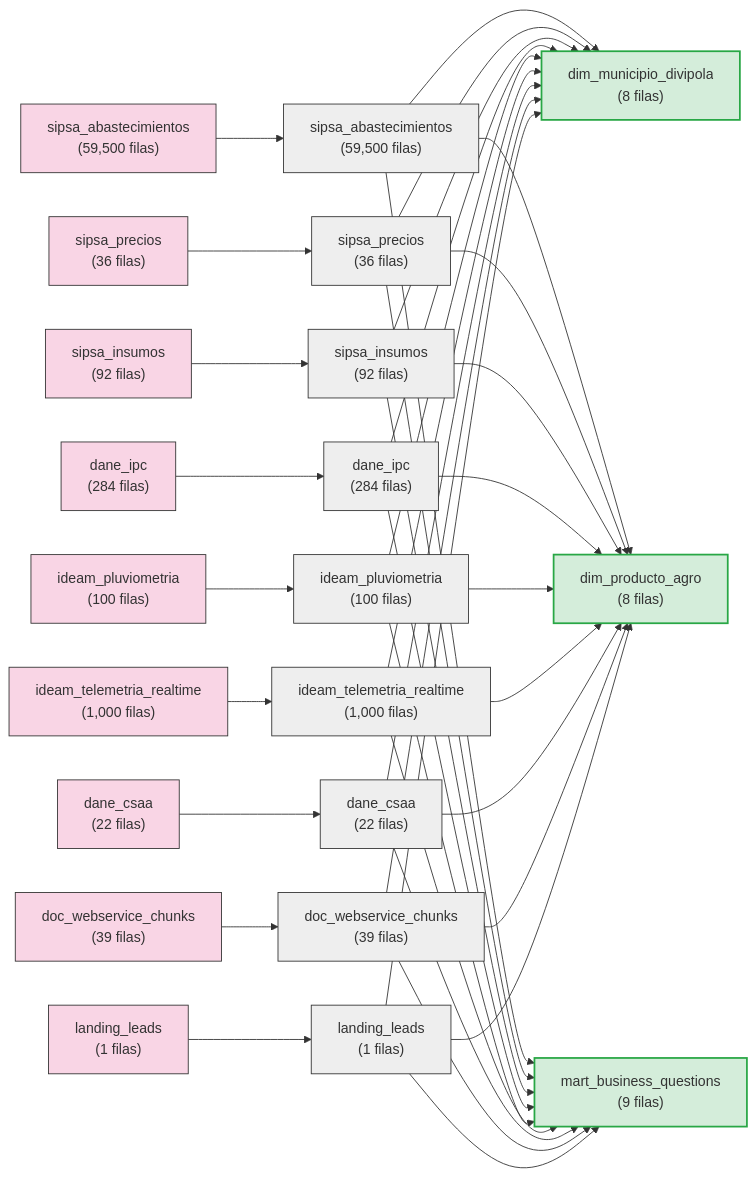
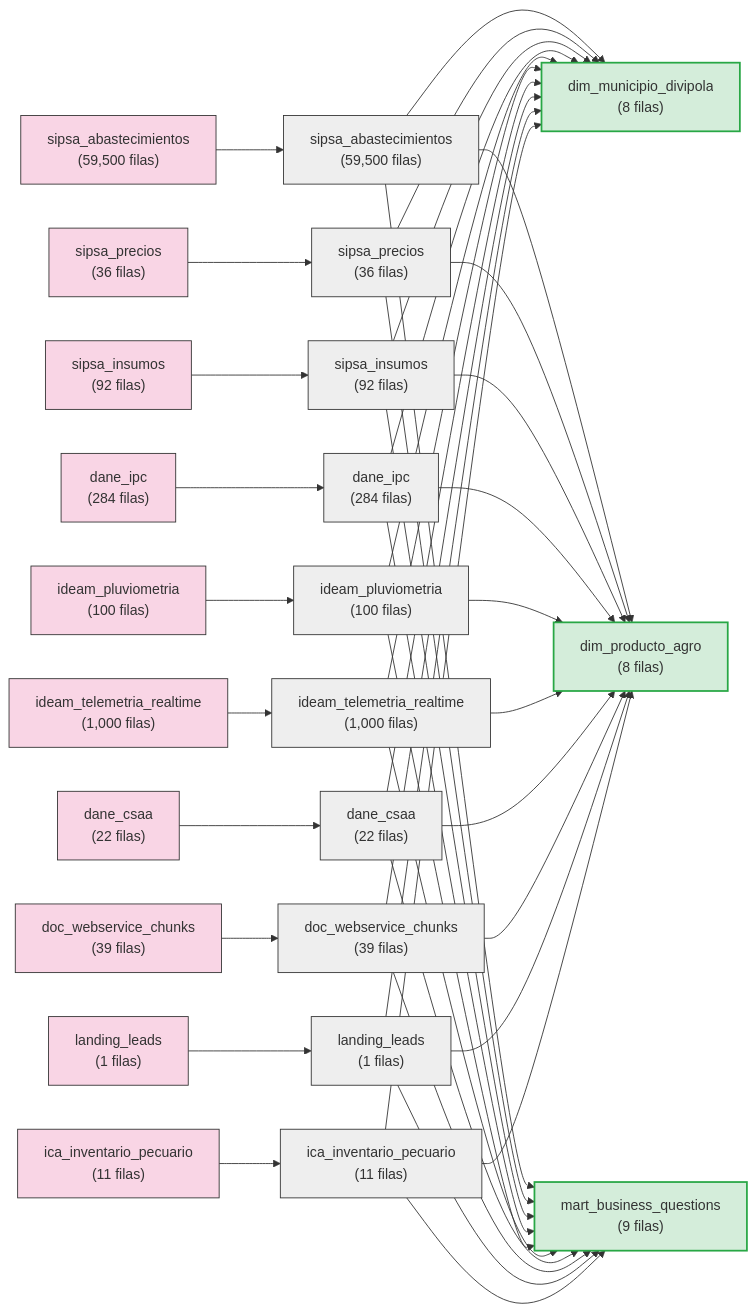
Before and after one commit to adansanchezc1-spec/Statsfirm: the diagram in AgroStats AndTech/AgroStatsApp/docs/lineage/lineage_dag.md, drawn with Mermaid. The commit also changed other lines of this file and 136 other files, not shown here.

Commit message:
feat(ica-ingestion): add ICA PowerBI extractor, dataset fichas, DIVIPOLA harmonization and robust Databricks notebook imports

````diff
--- a/AgroStats AndTech/AgroStatsApp/docs/lineage/lineage_dag.md
+++ b/AgroStats AndTech/AgroStatsApp/docs/lineage/lineage_dag.md
@@ -5,63 +5,69 @@
 ```mermaid
 flowchart LR
     classDef bronze fill:#f9d5e5,stroke:#333,stroke-width:1px;
     classDef silver fill:#eeeeee,stroke:#333,stroke-width:1px;
     classDef gold fill:#d4edda,stroke:#28a745,stroke-width:2px;
     bronze_sipsa_abastecimientos["sipsa_abastecimientos<br/>(59,500 filas)"]:::bronze
     silver_sipsa_abastecimientos["sipsa_abastecimientos<br/>(59,500 filas)"]:::silver
     bronze_sipsa_abastecimientos --> silver_sipsa_abastecimientos
     bronze_sipsa_precios["sipsa_precios<br/>(36 filas)"]:::bronze
     silver_sipsa_precios["sipsa_precios<br/>(36 filas)"]:::silver
     bronze_sipsa_precios --> silver_sipsa_precios
     bronze_sipsa_insumos["sipsa_insumos<br/>(92 filas)"]:::bronze
     silver_sipsa_insumos["sipsa_insumos<br/>(92 filas)"]:::silver
     bronze_sipsa_insumos --> silver_sipsa_insumos
     bronze_dane_ipc["dane_ipc<br/>(284 filas)"]:::bronze
     silver_dane_ipc["dane_ipc<br/>(284 filas)"]:::silver
     bronze_dane_ipc --> silver_dane_ipc
     bronze_ideam_pluviometria["ideam_pluviometria<br/>(100 filas)"]:::bronze
     silver_ideam_pluviometria["ideam_pluviometria<br/>(100 filas)"]:::silver
     bronze_ideam_pluviometria --> silver_ideam_pluviometria
     bronze_ideam_telemetria_realtime["ideam_telemetria_realtime<br/>(1,000 filas)"]:::bronze
     silver_ideam_telemetria_realtime["ideam_telemetria_realtime<br/>(1,000 filas)"]:::silver
     bronze_ideam_telemetria_realtime --> silver_ideam_telemetria_realtime
     bronze_dane_csaa["dane_csaa<br/>(22 filas)"]:::bronze
     silver_dane_csaa["dane_csaa<br/>(22 filas)"]:::silver
     bronze_dane_csaa --> silver_dane_csaa
     bronze_doc_webservice_chunks["doc_webservice_chunks<br/>(39 filas)"]:::bronze
     silver_doc_webservice_chunks["doc_webservice_chunks<br/>(39 filas)"]:::silver
     bronze_doc_webservice_chunks --> silver_doc_webservice_chunks
     bronze_landing_leads["landing_leads<br/>(1 filas)"]:::bronze
     silver_landing_leads["landing_leads<br/>(1 filas)"]:::silver
     bronze_landing_leads --> silver_landing_leads
+    bronze_ica_inventario_pecuario["ica_inventario_pecuario<br/>(11 filas)"]:::bronze
+    silver_ica_inventario_pecuario["ica_inventario_pecuario<br/>(11 filas)"]:::silver
+    bronze_ica_inventario_pecuario --> silver_ica_inventario_pecuario
     gold_dim_municipio_divipola["dim_municipio_divipola<br/>(8 filas)"]:::gold
     silver_sipsa_abastecimientos --> gold_dim_municipio_divipola
     silver_sipsa_precios --> gold_dim_municipio_divipola
     silver_sipsa_insumos --> gold_dim_municipio_divipola
     silver_dane_ipc --> gold_dim_municipio_divipola
     silver_ideam_pluviometria --> gold_dim_municipio_divipola
     silver_ideam_telemetria_realtime --> gold_dim_municipio_divipola
     silver_dane_csaa --> gold_dim_municipio_divipola
     silver_doc_webservice_chunks --> gold_dim_municipio_divipola
     silver_landing_leads --> gold_dim_municipio_divipola
+    silver_ica_inventario_pecuario --> gold_dim_municipio_divipola
     gold_dim_producto_agro["dim_producto_agro<br/>(8 filas)"]:::gold
     silver_sipsa_abastecimientos --> gold_dim_producto_agro
     silver_sipsa_precios --> gold_dim_producto_agro
     silver_sipsa_insumos --> gold_dim_producto_agro
     silver_dane_ipc --> gold_dim_producto_agro
     silver_ideam_pluviometria --> gold_dim_producto_agro
     silver_ideam_telemetria_realtime --> gold_dim_producto_agro
     silver_dane_csaa --> gold_dim_producto_agro
     silver_doc_webservice_chunks --> gold_dim_producto_agro
     silver_landing_leads --> gold_dim_producto_agro
+    silver_ica_inventario_pecuario --> gold_dim_producto_agro
     gold_mart_business_questions["mart_business_questions<br/>(9 filas)"]:::gold
     silver_sipsa_abastecimientos --> gold_mart_business_questions
     silver_sipsa_precios --> gold_mart_business_questions
     silver_sipsa_insumos --> gold_mart_business_questions
     silver_dane_ipc --> gold_mart_business_questions
     silver_ideam_pluviometria --> gold_mart_business_questions
     silver_ideam_telemetria_realtime --> gold_mart_business_questions
     silver_dane_csaa --> gold_mart_business_questions
     silver_doc_webservice_chunks --> gold_mart_business_questions
     silver_landing_leads --> gold_mart_business_questions
+    silver_ica_inventario_pecuario --> gold_mart_business_questions
 ```
````
